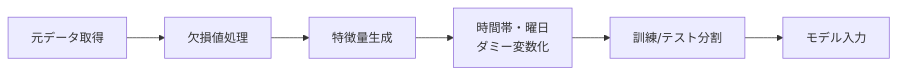
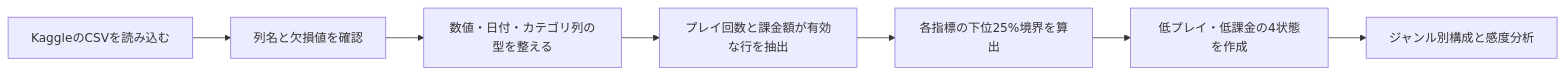
One commit to dsbiztiu23110053/seminar-thesis changed the diagram in 02_データ.qmd. Above: the diagram before and after it, drawn with Mermaid. The commit also changed other lines of this file and 4 other files, not shown here.

````diff
--- a/02_データ.qmd
+++ b/02_データ.qmd
@@ -174,10 +201,11 @@
 ```{mermaid}
 %%| label: fig-preprocess
 %%| fig-cap: "データ前処理パイプライン"
 flowchart LR
-    A[元データ取得] --> B[欠損値処理]
-    B --> C[特徴量生成]
-    C --> D[時間帯・曜日<br>ダミー変数化]
-    D --> E[訓練/テスト分割]
-    E --> F[モデル入力]
+  A[KaggleのCSVを読み込む] --> B[列名と欠損値を確認]
+  B --> C[数値・日付・カテゴリ列の型を整える]
+  C --> D[プレイ回数と課金額が有効な行を抽出]
+  D --> E[各指標の下位25%境界を算出]
+  E --> F[低プレイ・低課金の4状態を作成]
+  F --> G[ジャンル別構成と感度分析]
 ```
````
